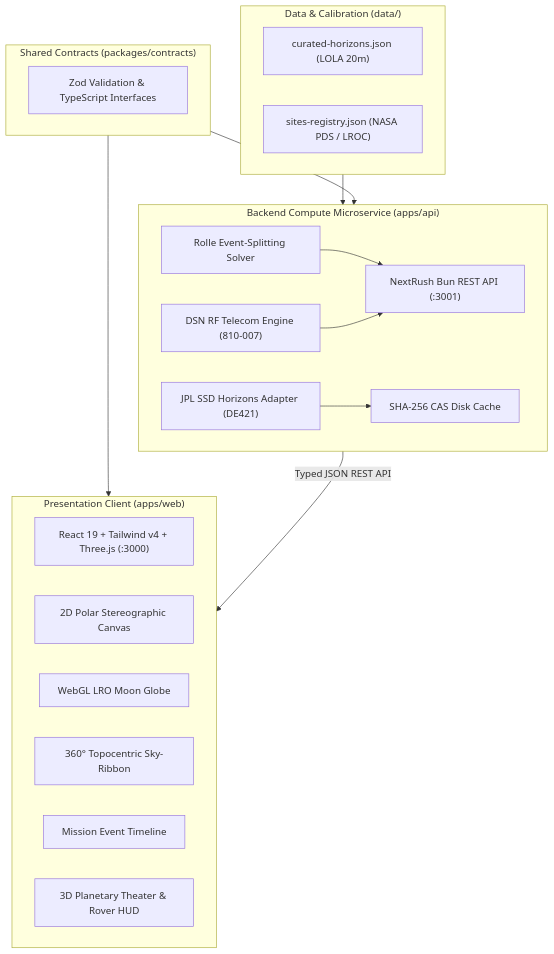
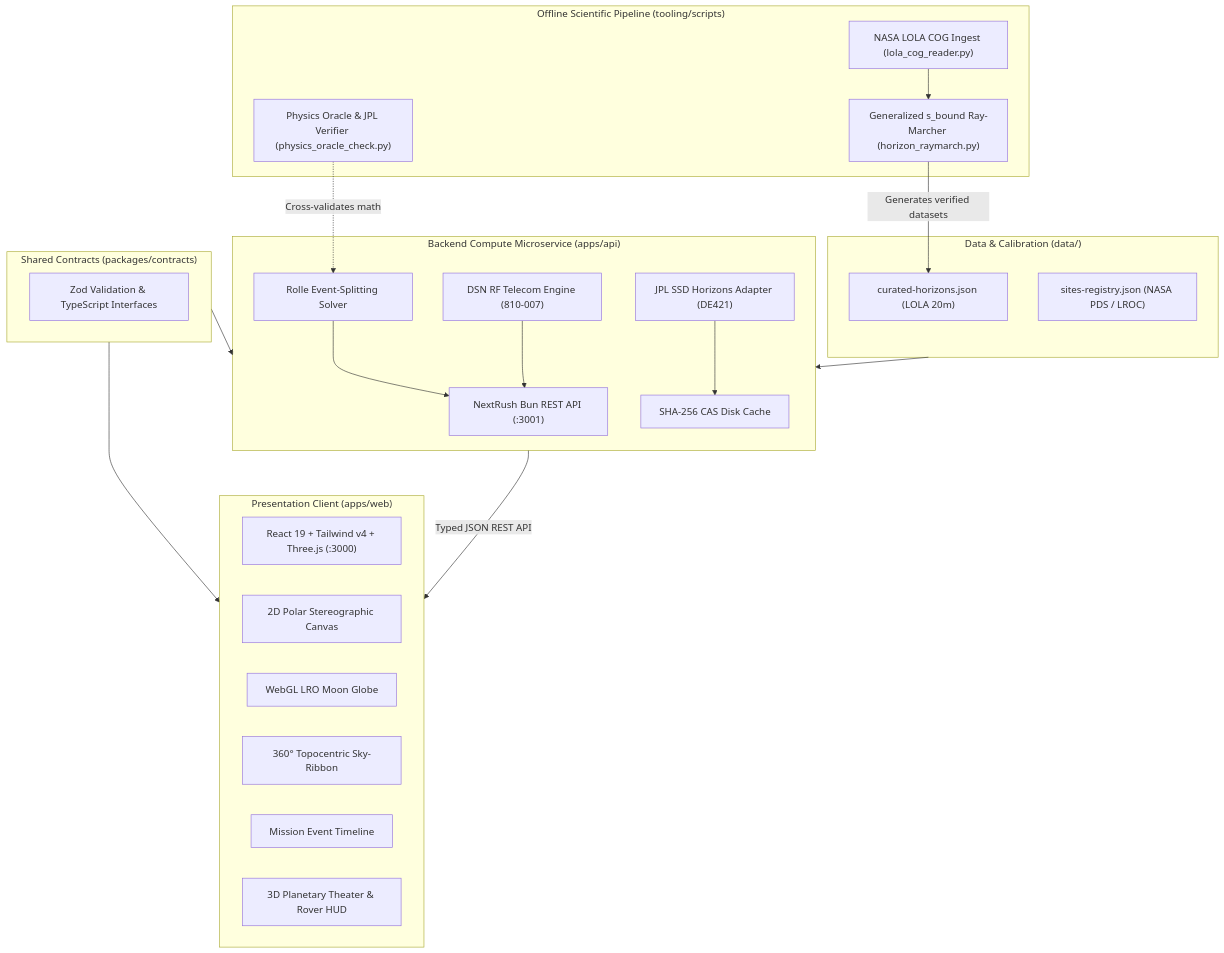
Before and after one commit to 0xTanzim/LunaMission: the diagram in README.md, drawn with Mermaid. The commit also changed other lines of this file and 4 other files, not shown here.

````diff
--- a/README.md
+++ b/README.md
@@ -35,36 +36,45 @@
 ```mermaid
 flowchart TD
+    subgraph Pipeline ["Offline Scientific Pipeline (tooling/scripts)"]
+        DEMIngest["NASA LOLA COG Ingest (lola_cog_reader.py)"]
+        Raymarch["Generalized s_bound Ray-Marcher (horizon_raymarch.py)"]
+        Oracle["Physics Oracle & JPL Verifier (physics_oracle_check.py)"]
+    end
+
     subgraph Data ["Data & Calibration (data/)"]
         Horizons["curated-horizons.json (LOLA 20m)"]
         Registry["sites-registry.json (NASA PDS / LROC)"]
     end
 
     subgraph Backend ["Backend Compute Microservice (apps/api)"]
         ApiApp["NextRush Bun REST API (:3001)"]
         JPLAdapter["JPL SSD Horizons Adapter (DE421)"]
         EventSplitter["Rolle Event-Splitting Solver"]
         LinkBudget["DSN RF Telecom Engine (810-007)"]
         CacheCAS["SHA-256 CAS Disk Cache"]
     end
 
     subgraph Contracts ["Shared Contracts (packages/contracts)"]
         Schemas["Zod Validation & TypeScript Interfaces"]
     end
 
     subgraph Frontend ["Presentation Client (apps/web)"]
         ReactApp["React 19 + Tailwind v4 + Three.js (:3000)"]
         Map2D["2D Polar Stereographic Canvas"]
         Globe3D["WebGL LRO Moon Globe"]
         SkyRibbon["360° Topocentric Sky-Ribbon"]
         Gantt["Mission Event Timeline"]
         Theater3D["3D Planetary Theater & Rover HUD"]
     end
 
+    DEMIngest --> Raymarch
+    Raymarch -->|Generates verified datasets| Horizons
+    Oracle -.->|Cross-validates math| EventSplitter
     Data --> Backend
     Contracts --> Backend
     Contracts --> Frontend
     Backend -->|Typed JSON REST API| Frontend
     JPLAdapter --> CacheCAS
     EventSplitter --> ApiApp
     LinkBudget --> ApiApp
 ```
````
